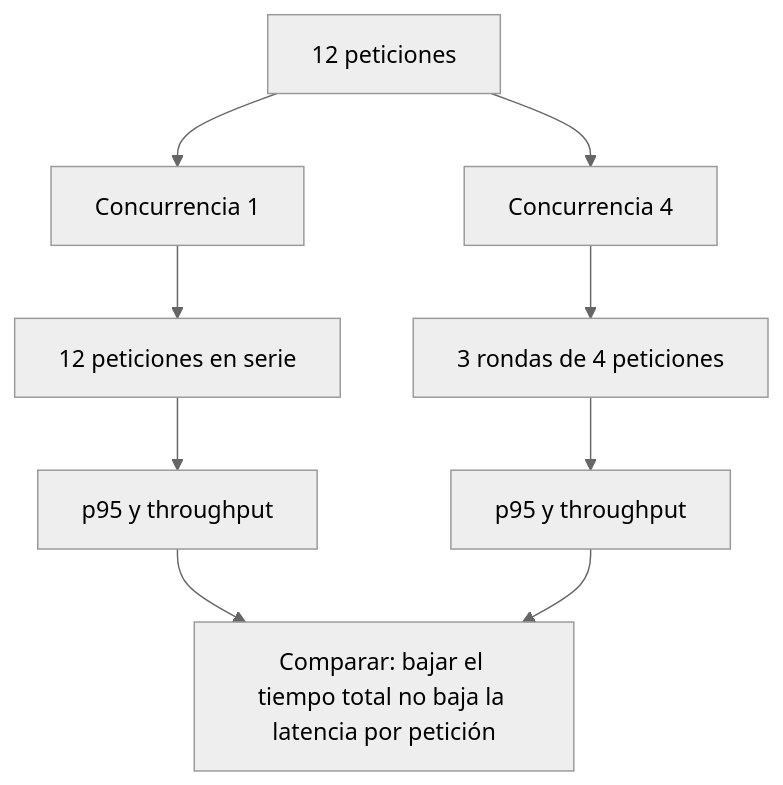
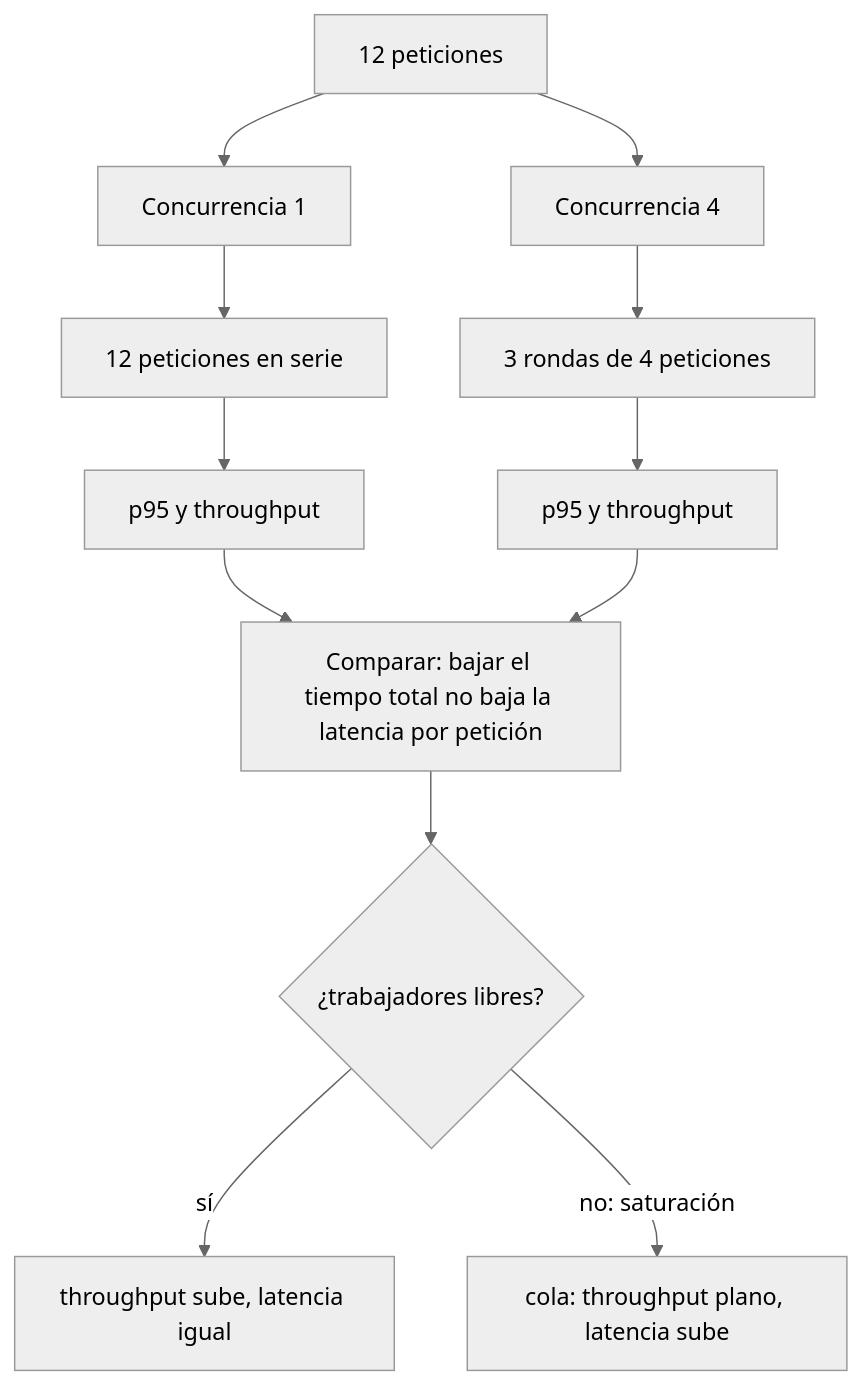
Before and after one commit to NICORUIZ93/The_Imperial_Book: the seventh of 8 diagrams in web/public/content/foundations/modulo-10.md, drawn with Mermaid (neutral theme). The commit also changed other lines of this file, not shown here.

````diff
--- a/web/public/content/foundations/modulo-10.md
+++ b/web/public/content/foundations/modulo-10.md
@@ -435,11 +2058,14 @@
 ```mermaid
 flowchart TD
     R["12 peticiones"] --> C1["Concurrencia 1"]
     R --> C4["Concurrencia 4"]
     C1 --> S1["12 peticiones en serie"]
     C4 --> S4["3 rondas de 4 peticiones"]
     S1 --> M1["p95 y throughput"]
     S4 --> M4["p95 y throughput"]
     M1 --> CMP["Comparar: bajar el tiempo total no baja la latencia por petición"]
     M4 --> CMP
+    CMP --> SAT{"¿trabajadores libres?"}
+    SAT -->|"sí"| UP["throughput sube, latencia igual"]
+    SAT -->|"no: saturación"| Q["cola: throughput plano, latencia sube"]
 ```
````
